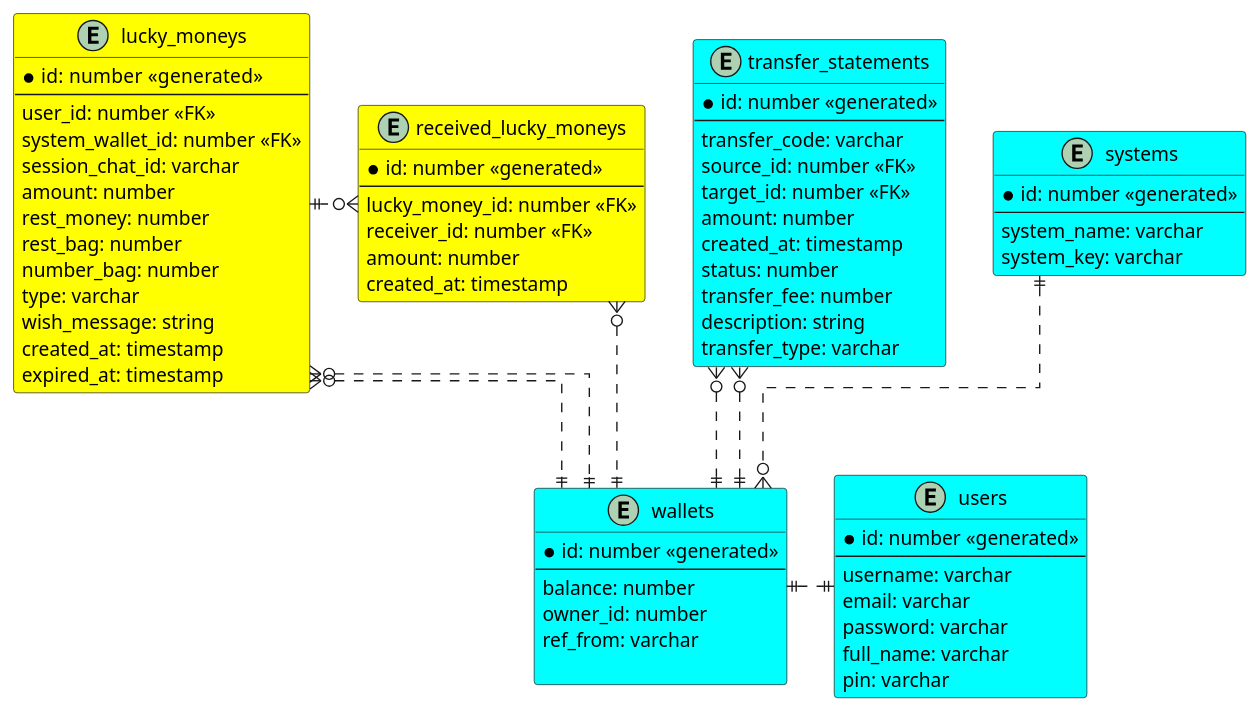
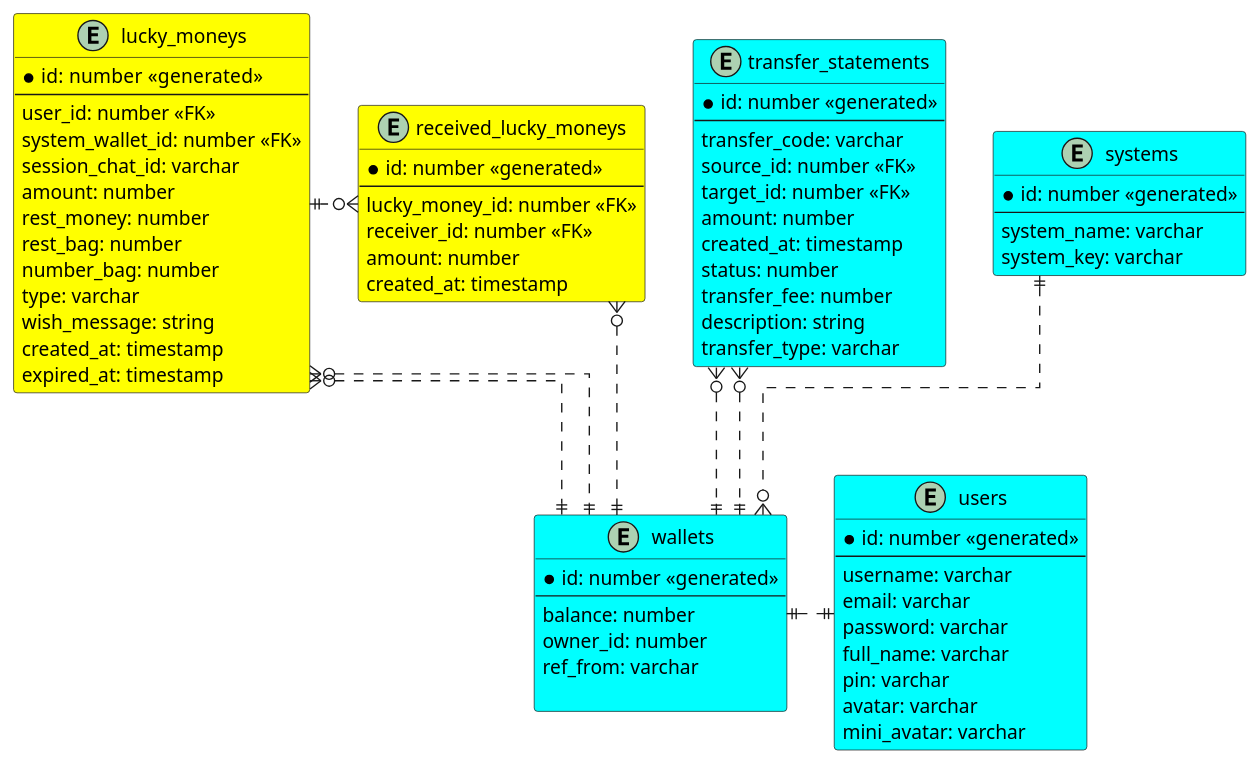
One commit to ntan1902/hey-app changed the diagram in documents/uml/system design/database_diagram.puml. Above: the diagram before and after it, drawn with PlantUML. The commit also changed 6 other files, not shown here.

```diff
--- a/documents/uml/system design/database_diagram.puml
+++ b/documents/uml/system design/database_diagram.puml
@@ -2,103 +2,105 @@
 @startuml
 
 ' hide the spot
 ' hide circle
 
 ' avoid problems with angled crows feet
 skinparam linetype ortho
 
 entity "users" as users #Aqua{
     *id: number <<generated>>
     --
     username: varchar
     email: varchar
     password: varchar
     full_name: varchar
     pin: varchar
+    avatar: varchar
+    mini_avatar: varchar
 }
 
 ' LuckyMoney system: 
 ' - system_name: LuckyMoney
 ' - system_key: 
 ' ----> Request Auth system -> JWToken system 
 ' LuckyMoney vS Payment 
 ' LuckyMoney ----> Request Auth system -> JWToken system
 ' LuckyMoney dùng JWToken vừa có để request danh sách  wallets của nó
 ' sử dụng list wallets này ntn thì tuỳ nó 
 
 ' LuckyMoney request lên payment chuyển tiền. Tới... với cái
 ' wallet id nào của nó  
 
 entity "systems" #Aqua{
     *id: number <<generated>>
     --
     system_name: varchar
     system_key: varchar
 }
 
 
 entity "wallets" as wallets #Aqua{
     *id: number <<generated>>
     --
     balance: number    
     owner_id: number
     ref_from: varchar
     
 }
 
 entity "transfer_statements" as transfer_statements #Aqua {
     *id: number <<generated>>
     --
     transfer_code: varchar
     source_id: number <<FK>>
     target_id: number <<FK>>
     amount: number
     created_at: timestamp
     status: number
     transfer_fee: number
     description: string
     transfer_type: varchar
 }
 
 entity "lucky_moneys" as lucky_moneys #Yellow{
     *id: number  <<generated>>
     --
     user_id: number <<FK>>
     system_wallet_id: number <<FK>>
     session_chat_id: varchar
     amount: number
     rest_money: number
     rest_bag: number
     number_bag: number
     type: varchar
     wish_message: string
     created_at: timestamp
     expired_at: timestamp
 }
 
 entity "received_lucky_moneys" as received_luckey_moneys #Yellow{
     *id: number <<generated>>
     --
     lucky_money_id: number <<FK>>
     receiver_id: number <<FK>>
     amount: number
     created_at: timestamp
 }
 
 wallets ||.up.o{ transfer_statements
 wallets ||.up.o{ transfer_statements
 
 wallets ||.up.o{ lucky_moneys
 wallets ||.up.o{ lucky_moneys
 
 wallets ||.up.o{ received_luckey_moneys
 
 users ||.left.|| wallets
 
 systems ||..o{ wallets
 
 
 lucky_moneys ||.right.o{ received_luckey_moneys
 
 
 @enduml
```
